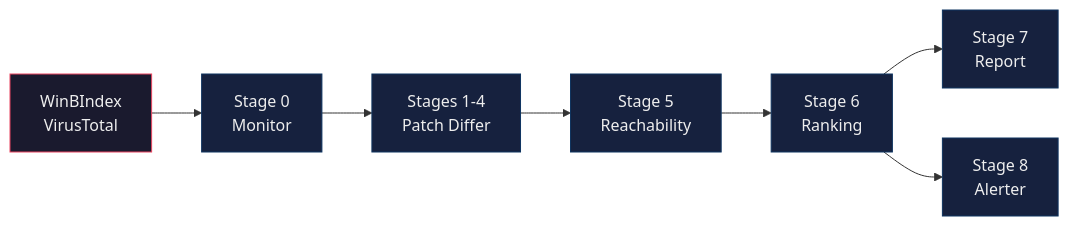
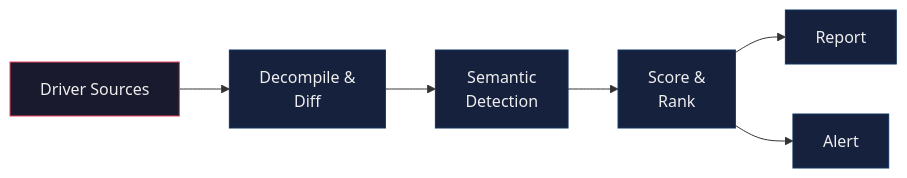
The diagram in README.md (splintersfury/splintersfury), drawn with Mermaid before and after one commit. The commit also changed other lines of this file, not shown here.

````diff
--- a/README.md
+++ b/README.md
@@ -21,12 +21,11 @@
 ```mermaid
 graph LR
-    sources["WinBIndex<br/>VirusTotal"]:::src --> monitor["Stage 0<br/>Monitor"]
-    monitor --> differ["Stages 1-4<br/>Patch Differ"]
-    differ --> reach["Stage 5<br/>Reachability"]
-    reach --> rank["Stage 6<br/>Ranking"]
-    rank --> report["Stage 7<br/>Report"]
-    rank --> alerter["Stage 8<br/>Alerter"]
+    sources["Driver Sources"]:::src --> analyze["Decompile &<br/>Diff"]
+    analyze --> detect["Semantic<br/>Detection"]
+    detect --> score["Score &<br/>Rank"]
+    score --> report["Report"]
+    score --> alert["Alert"]
 
     classDef src fill:#1a1a2e,stroke:#e94560,color:#eee
     classDef default fill:#16213e,stroke:#0f3460,color:#eee
 ```
````
